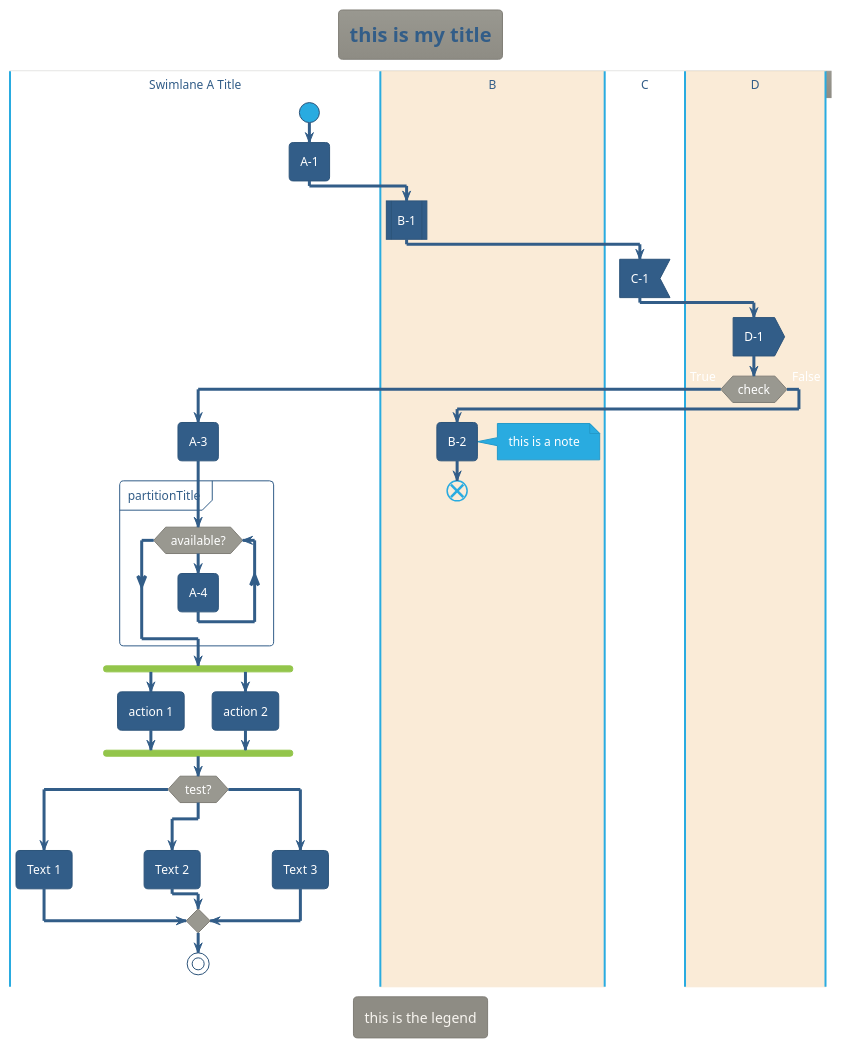
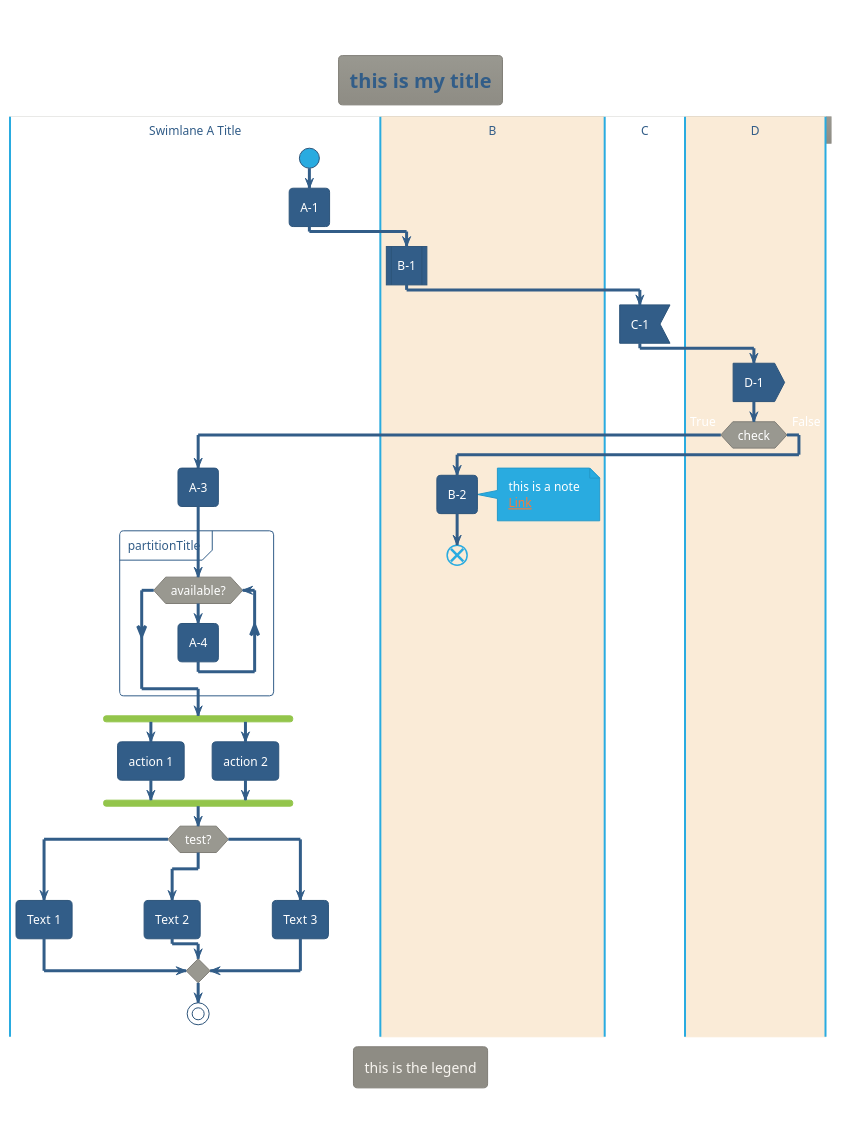
The second of 2 diagrams in activity.plantuml (nezaki/PlantUML), drawn with PlantUML before and after one commit. The commit also changed other lines of this file, not shown here.

Commit message:
no message

```diff
--- a/activity.plantuml
+++ b/activity.plantuml
@@ -1,81 +5,89 @@
 @startuml
-'help themes
 '!theme black-knight
 '!theme bluegray
 '!theme cerulean
 '!theme cerulean-outline
 '!theme cyborg
 '!theme cyborg-outline
 '!theme hacker
 '!theme lightgray
 '!theme materia
 '!theme materia-outline
 '!theme metal
 '!theme minty
 !theme sandstone
 '!theme silver
 '!theme spacelab
 '!theme superhero
 '!theme superhero-outline
 '!theme united
 
 'skinparam ArrowHeadColor none
+
+header
+    this is header
+end header
 
 title this is my title
 
 |#White|Swimlane A Alias|Swimlane A Title
     start
     :A-1;
 
 |#AntiqueWhite|B|
     :B-1|
 
 |#White|C|
     :C-1<
 
 |#AntiqueWhite|D|
     :D-1>
 
     if (check) then (True)
         |Swimlane A Alias|
             :A-3;
 
             partition partitionTitle {
                 while (available?)
                     :A-4;
                 endwhile
             }
 
             fork
               :action 1;
             fork again
               :action 2;
             end fork
 
             switch (test?)
                 case ( condition A )
                     :Text 1;
                 case ( condition B )
                     :Text 2;
                 case ( condition C )
                     :Text 3;
             endswitch
 
             stop
 
     else (False)
         |B|
             :B-2;
 
             note right
 	            this is a note
+	            [[https://google.com Link]]
 	        end note
 
 	        end
     endif
 
 legend
     this is the legend
 endlegend
 
+footer
+    this is footer
+end footer
+
 @enduml
```
